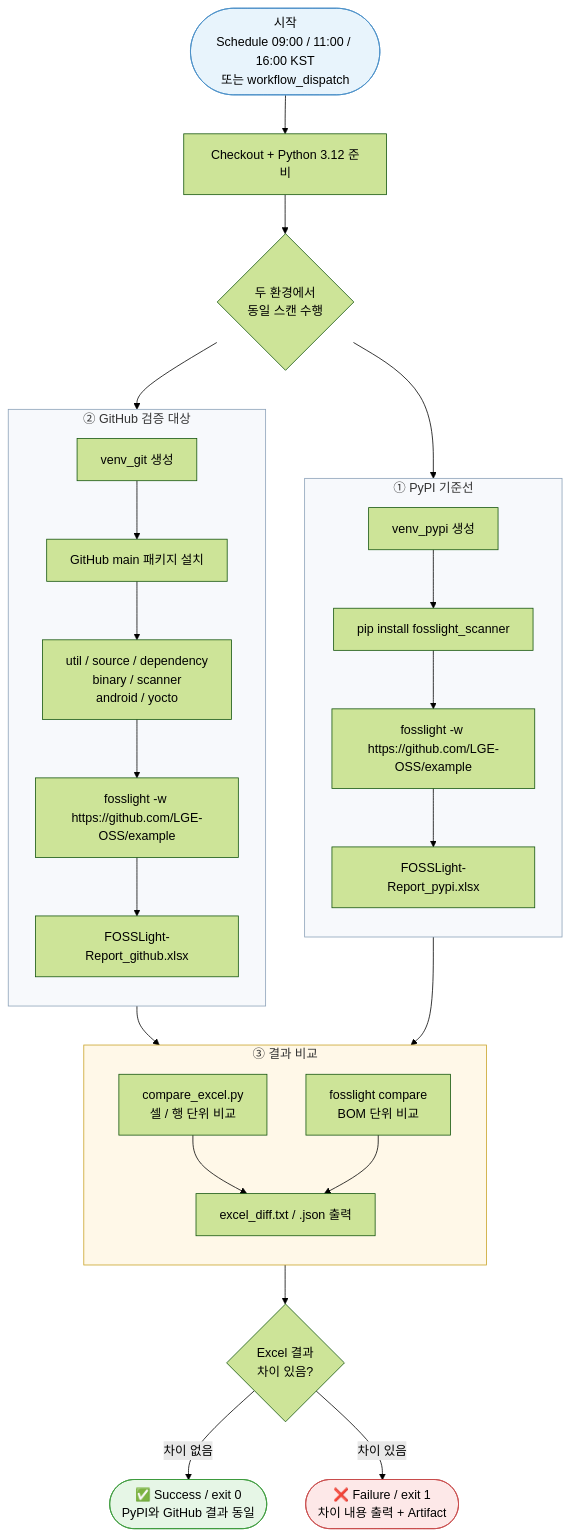
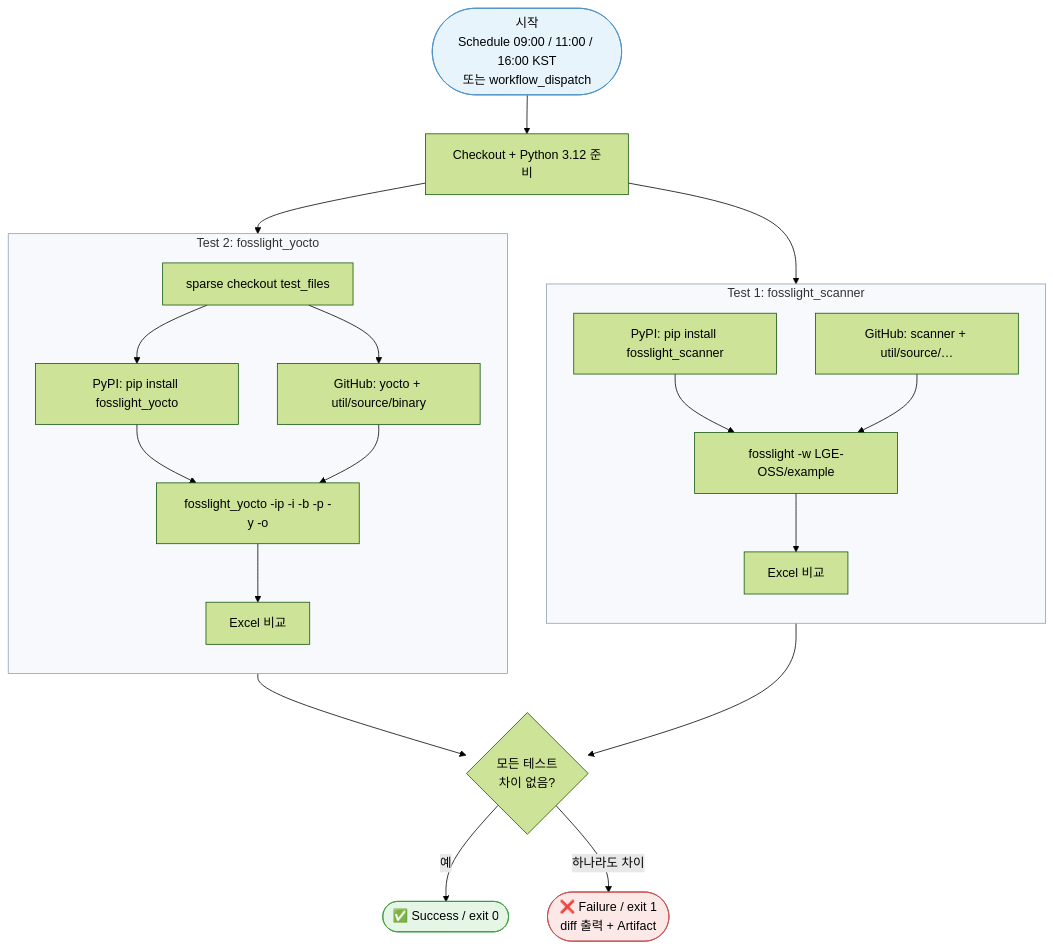
Before and after one commit to fosslight/fosslight_scanner_test: the first of 3 diagrams in docs/flowchart.md, drawn with Mermaid (forest theme). The commit also changed other lines of this file and 7 other files, not shown here.

First line of the commit message:
Add fosslight_yocto comparison and fix scanner report Excel discovery.

````diff
--- a/docs/flowchart.md
+++ b/docs/flowchart.md
@@ -7,52 +7,45 @@
 ```mermaid
 flowchart TD
     Start([시작<br/>Schedule 09:00 / 11:00 / 16:00 KST<br/>또는 workflow_dispatch]) --> Setup[Checkout + Python 3.12 준비]
 
-    Setup --> Parallel{두 환경에서<br/>동일 스캔 수행}
+    Setup --> T1
+    Setup --> T2
 
-    Parallel --> PyPI
-    Parallel --> GitHub
-
-    subgraph PyPI["① PyPI 기준선"]
+    subgraph T1["Test 1: fosslight_scanner"]
         direction TB
-        P1[venv_pypi 생성]
-        P2["pip install fosslight_scanner"]
-        P3["fosslight -w https://github.com/LGE-OSS/example"]
-        P4[FOSSLight-Report_pypi.xlsx]
-        P1 --> P2 --> P3 --> P4
+        S1["PyPI: pip install fosslight_scanner"]
+        S2["GitHub: scanner + util/source/…"]
+        S3["fosslight -w LGE-OSS/example"]
+        S4[Excel 비교]
+        S1 --> S3
+        S2 --> S3
+        S3 --> S4
     end
 
-    subgraph GitHub["② GitHub 검증 대상"]
+    subgraph T2["Test 2: fosslight_yocto"]
         direction TB
-        G1[venv_git 생성]
-        G2[GitHub main 패키지 설치]
-        G2a["util / source / dependency<br/>binary / scanner<br/>android / yocto"]
-        G3["fosslight -w https://github.com/LGE-OSS/example"]
-        G4[FOSSLight-Report_github.xlsx]
-        G1 --> G2 --> G2a --> G3 --> G4
+        Y0[sparse checkout test_files]
+        Y1["PyPI: pip install fosslight_yocto"]
+        Y2["GitHub: yocto + util/source/binary"]
+        Y3["fosslight_yocto -ip -i -b -p -y -o"]
+        Y4[Excel 비교]
+        Y0 --> Y1
+        Y0 --> Y2
+        Y1 --> Y3
+        Y2 --> Y3
+        Y3 --> Y4
     end
 
-    P4 --> Compare
-    G4 --> Compare
+    S4 --> Aggregate
+    Y4 --> Aggregate
 
-    subgraph Compare["③ 결과 비교"]
-        direction TB
-        C1[compare_excel.py<br/>셀 / 행 단위 비교]
-        C2[fosslight compare<br/>BOM 단위 비교]
-        C3[excel_diff.txt / .json 출력]
-        C1 --> C3
-        C2 --> C3
-    end
-
-    Compare --> Decision{Excel 결과<br/>차이 있음?}
-
-    Decision -->|차이 없음| Pass([✅ Success / exit 0<br/>PyPI와 GitHub 결과 동일])
-    Decision -->|차이 있음| Fail([❌ Failure / exit 1<br/>차이 내용 출력 + Artifact])
+    Aggregate{모든 테스트<br/>차이 없음?}
+    Aggregate -->|예| Pass([✅ Success / exit 0])
+    Aggregate -->|하나라도 차이| Fail([❌ Failure / exit 1<br/>diff 출력 + Artifact])
 
     style Start fill:#e8f4fc,stroke:#4a90c8
     style Pass fill:#e6f6e6,stroke:#3a9a3a
     style Fail fill:#fde8e8,stroke:#c84a4a
-    style PyPI fill:#f7f9fc,stroke:#8aa0b8
-    style GitHub fill:#f7f9fc,stroke:#8aa0b8
-    style Compare fill:#fff8e8,stroke:#c9a227
+    style T1 fill:#f7f9fc,stroke:#8aa0b8
+    style T2 fill:#f7f9fc,stroke:#8aa0b8
 ```
````
